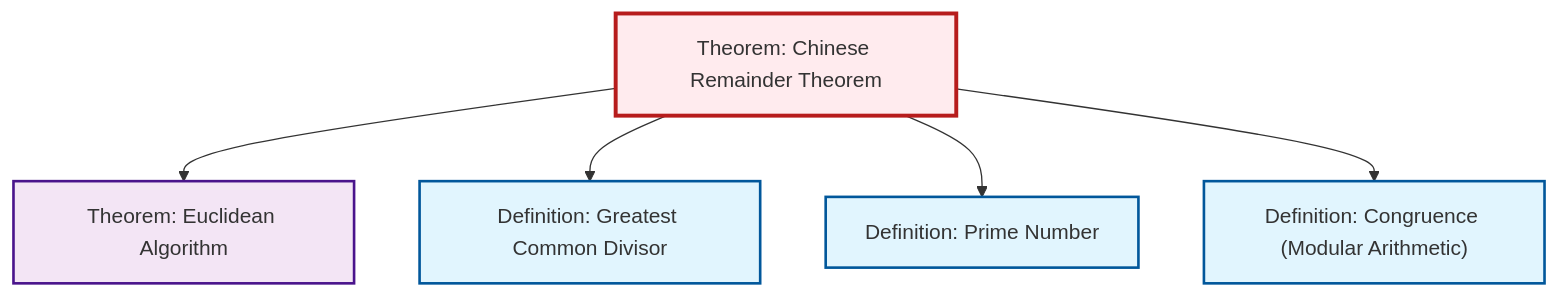
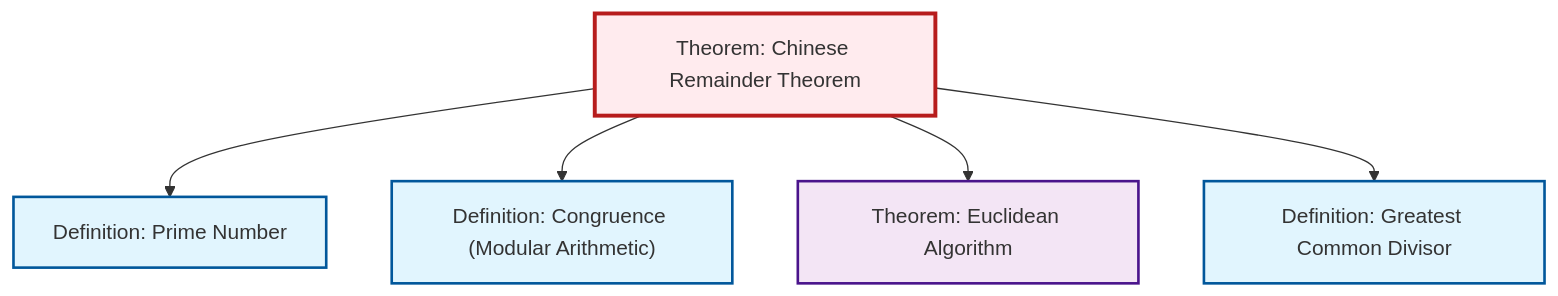
Before and after one commit to RK0429/ModernMath: the diagram in content/en/number-theory/thm-chinese-remainder.qmd, drawn with Mermaid. The commit also changed other lines of this file and 497 other files, not shown here.

````diff
--- a/content/en/number-theory/thm-chinese-remainder.qmd
+++ b/content/en/number-theory/thm-chinese-remainder.qmd
@@ -87,23 +88,23 @@
 ```{mermaid}
 %%| fig-cap: "Local dependency graph"
 graph TD
     classDef definition fill:#e1f5fe,stroke:#01579b,stroke-width:2px
     classDef theorem fill:#f3e5f5,stroke:#4a148c,stroke-width:2px
     classDef axiom fill:#fff3e0,stroke:#e65100,stroke-width:2px
     classDef example fill:#e8f5e9,stroke:#1b5e20,stroke-width:2px
     classDef current fill:#ffebee,stroke:#b71c1c,stroke-width:3px
+    def-prime["Definition: Prime Number"]:::definition
+    def-gcd["Definition: Greatest Common Divisor"]:::definition
     thm-chinese-remainder["Theorem: Chinese Remainder Theorem"]:::theorem
-    def-prime["Definition: Prime Number"]:::definition
+    thm-euclidean-algorithm["Theorem: Euclidean Algorithm"]:::theorem
     def-congruence["Definition: Congruence (Modular Arithmetic)"]:::definition
-    thm-euclidean-algorithm["Theorem: Euclidean Algorithm"]:::theorem
-    def-gcd["Definition: Greatest Common Divisor"]:::definition
+    thm-chinese-remainder --> def-prime
+    thm-chinese-remainder --> def-congruence
     thm-chinese-remainder --> thm-euclidean-algorithm
     thm-chinese-remainder --> def-gcd
-    thm-chinese-remainder --> def-prime
-    thm-chinese-remainder --> def-congruence
     class thm-chinese-remainder current
     click def-prime "def-prime.html" "Go to Prime Number definition"
+    click def-gcd "def-gcd.html" "Go to Greatest Common Divisor definition"
+    click thm-euclidean-algorithm "thm-euclidean-algorithm.html" "Go to Euclidean Algorithm theorem"
     click def-congruence "def-congruence.html" "Go to Congruence (Modular Arithmetic) definition"
-    click thm-euclidean-algorithm "thm-euclidean-algorithm.html" "Go to Euclidean Algorithm theorem"
-    click def-gcd "def-gcd.html" "Go to Greatest Common Divisor definition"
 ```
````
